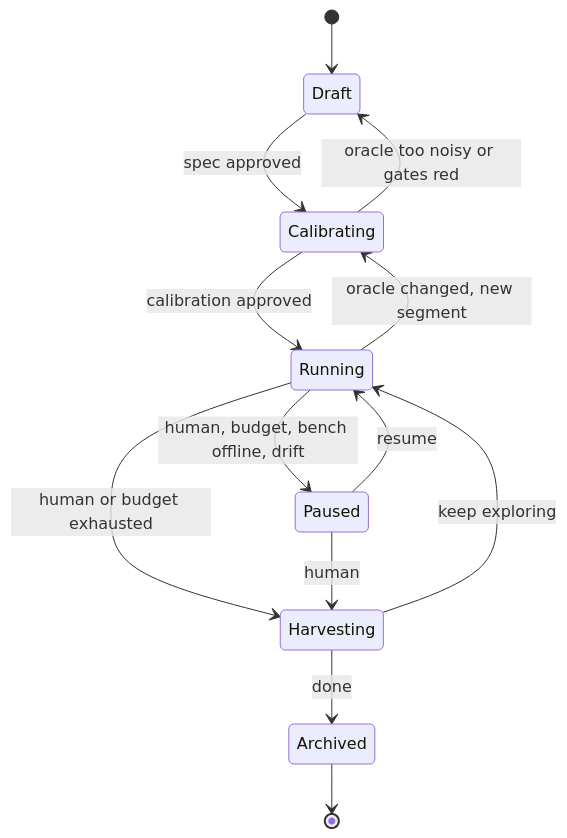
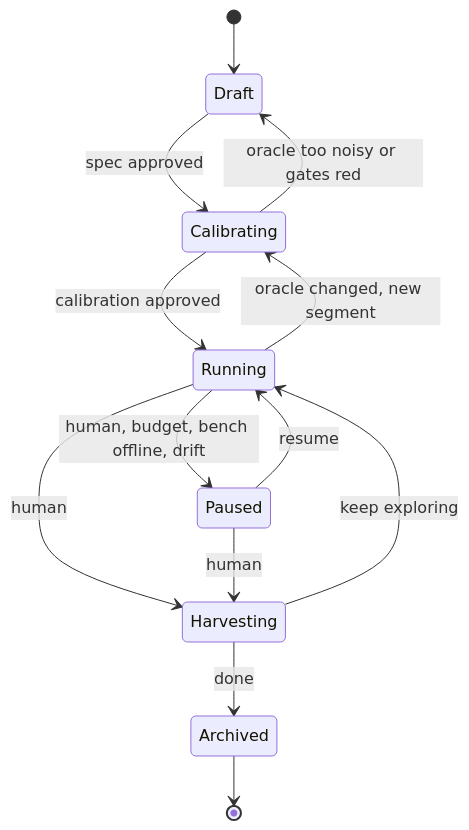
Before and after one commit to pascal-de-ladurantaye/bb-autoresearch: the second of 3 diagrams in docs/design.md, drawn with Mermaid. The commit also changed other lines of this file and 8 other files, not shown here.

````diff
--- a/docs/design.md
+++ b/docs/design.md
@@ -150,15 +152,15 @@
 ```mermaid
 stateDiagram-v2
   [*] --> Draft
   Draft --> Calibrating: spec approved
   Calibrating --> Draft: oracle too noisy or gates red
   Calibrating --> Running: calibration approved
   Running --> Paused: human, budget, bench offline, drift
   Paused --> Running: resume
   Running --> Calibrating: oracle changed, new segment
-  Running --> Harvesting: human or budget exhausted
+  Running --> Harvesting: human
   Paused --> Harvesting: human
   Harvesting --> Running: keep exploring
   Harvesting --> Archived: done
   Archived --> [*]
 ```
````
